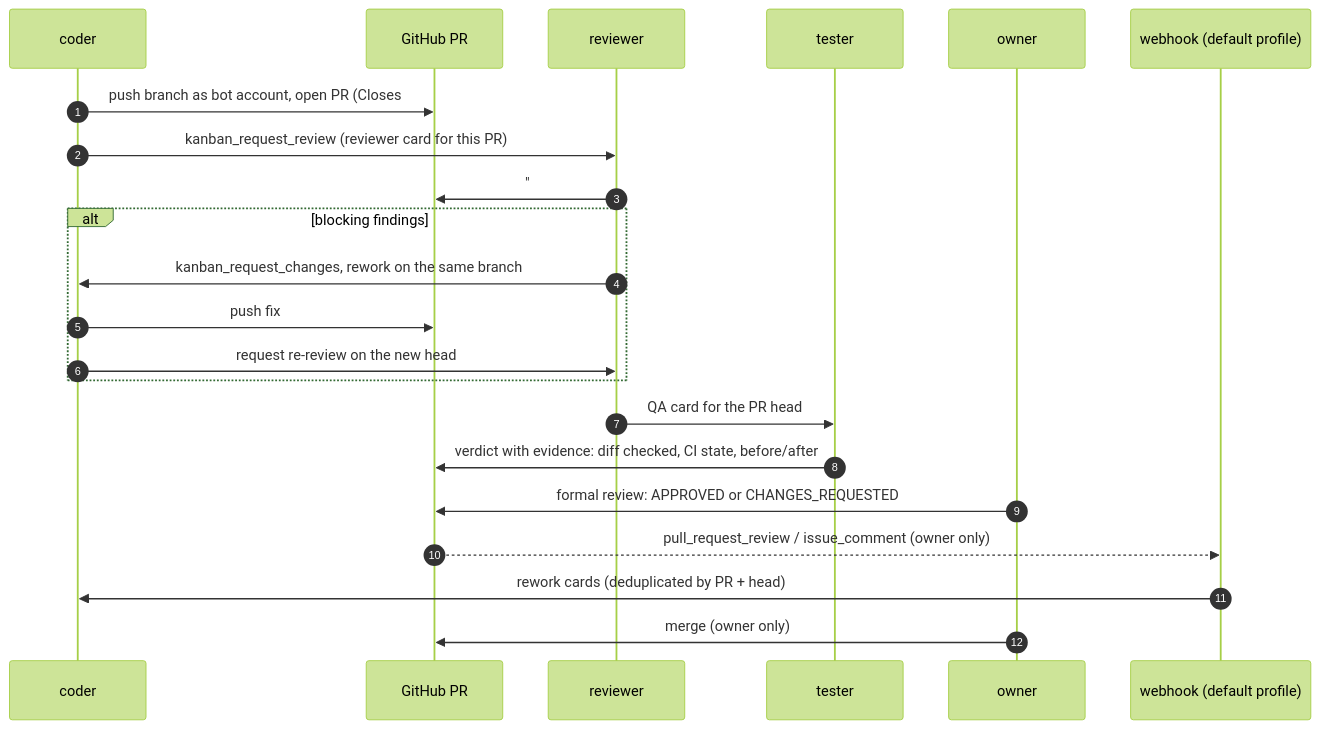
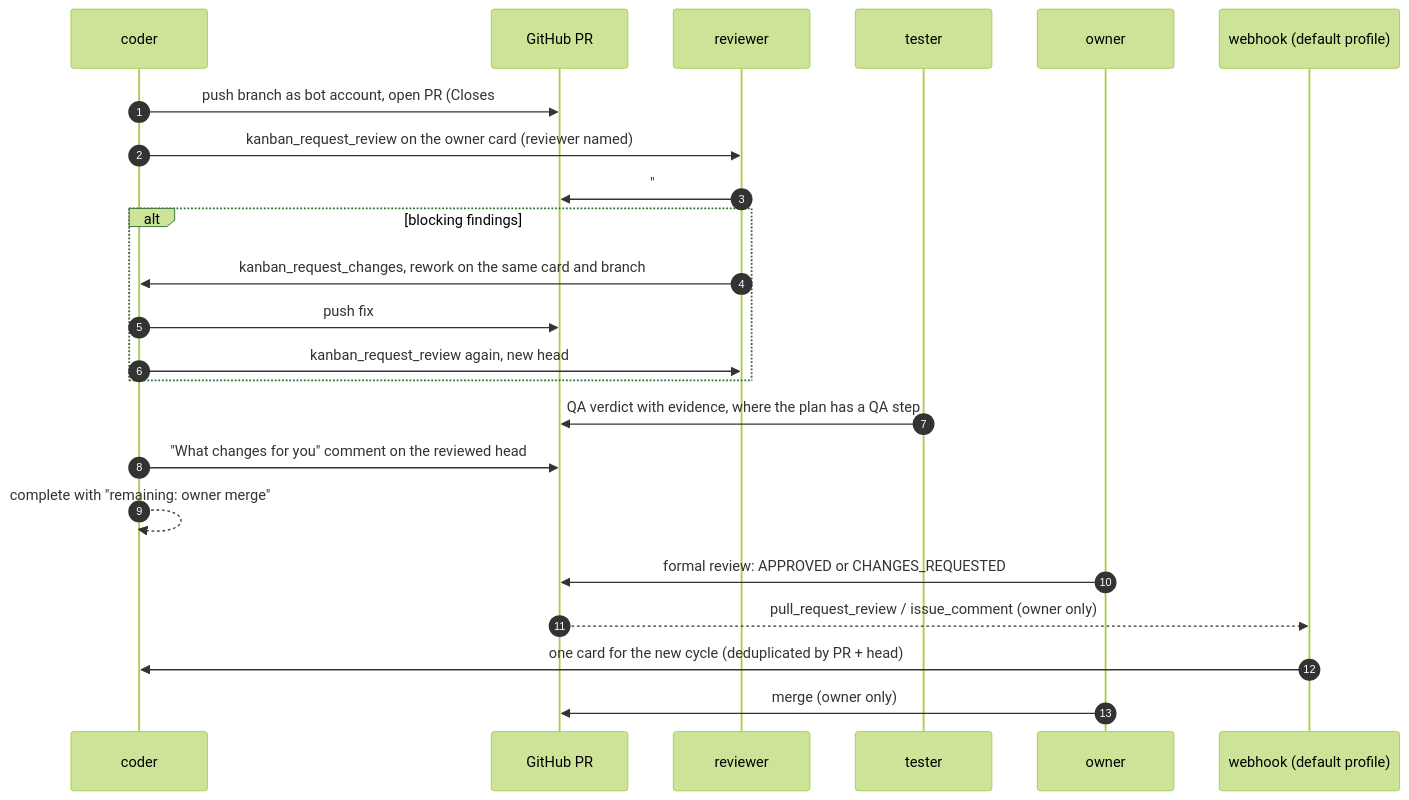
Before and after one commit to a-simeshin/hermes-dark-factory: the second of 3 diagrams in docs/architecture.md, drawn with Mermaid (forest theme). The commit also changed other lines of this file and 9 other files, not shown here.

````diff
--- a/docs/architecture.md
+++ b/docs/architecture.md
@@ -75,24 +75,25 @@
 ```mermaid
 sequenceDiagram
     autonumber
     participant C as coder
     participant GH as GitHub PR
     participant R as reviewer
     participant T as tester
     participant O as owner
     participant W as webhook (default profile)
     C->>GH: push branch as bot account, open PR (Closes #issue)
-    C->>R: kanban_request_review (reviewer card for this PR)
+    C->>R: kanban_request_review on the owner card (reviewer named)
     R->>GH: "## Review verdict" comment on head sha (PASS or blocking findings)
     alt blocking findings
-        R->>C: kanban_request_changes, rework on the same branch
+        R->>C: kanban_request_changes, rework on the same card and branch
         C->>GH: push fix
-        C->>R: request re-review on the new head
+        C->>R: kanban_request_review again, new head
     end
-    R->>T: QA card for the PR head
-    T->>GH: verdict with evidence: diff checked, CI state, before/after
+    T->>GH: QA verdict with evidence, where the plan has a QA step
+    C->>GH: "What changes for you" comment on the reviewed head
+    C-->>C: complete with "remaining: owner merge"
     O->>GH: formal review: APPROVED or CHANGES_REQUESTED
     GH-->>W: pull_request_review / issue_comment (owner only)
-    W->>C: rework cards (deduplicated by PR + head)
+    W->>C: one card for the new cycle (deduplicated by PR + head)
     O->>GH: merge (owner only)
 ```
````
